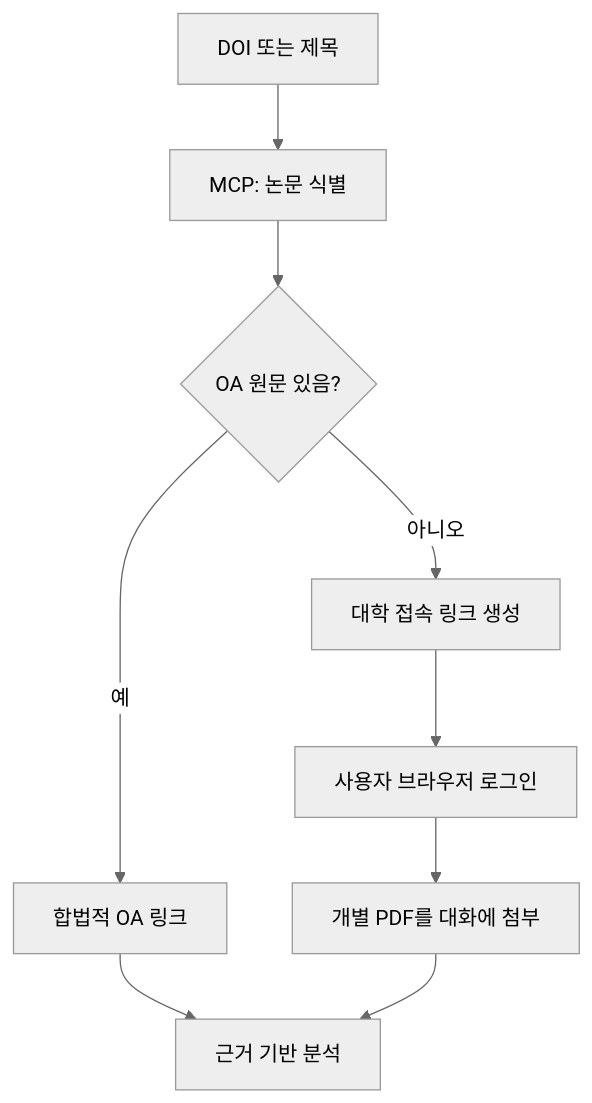
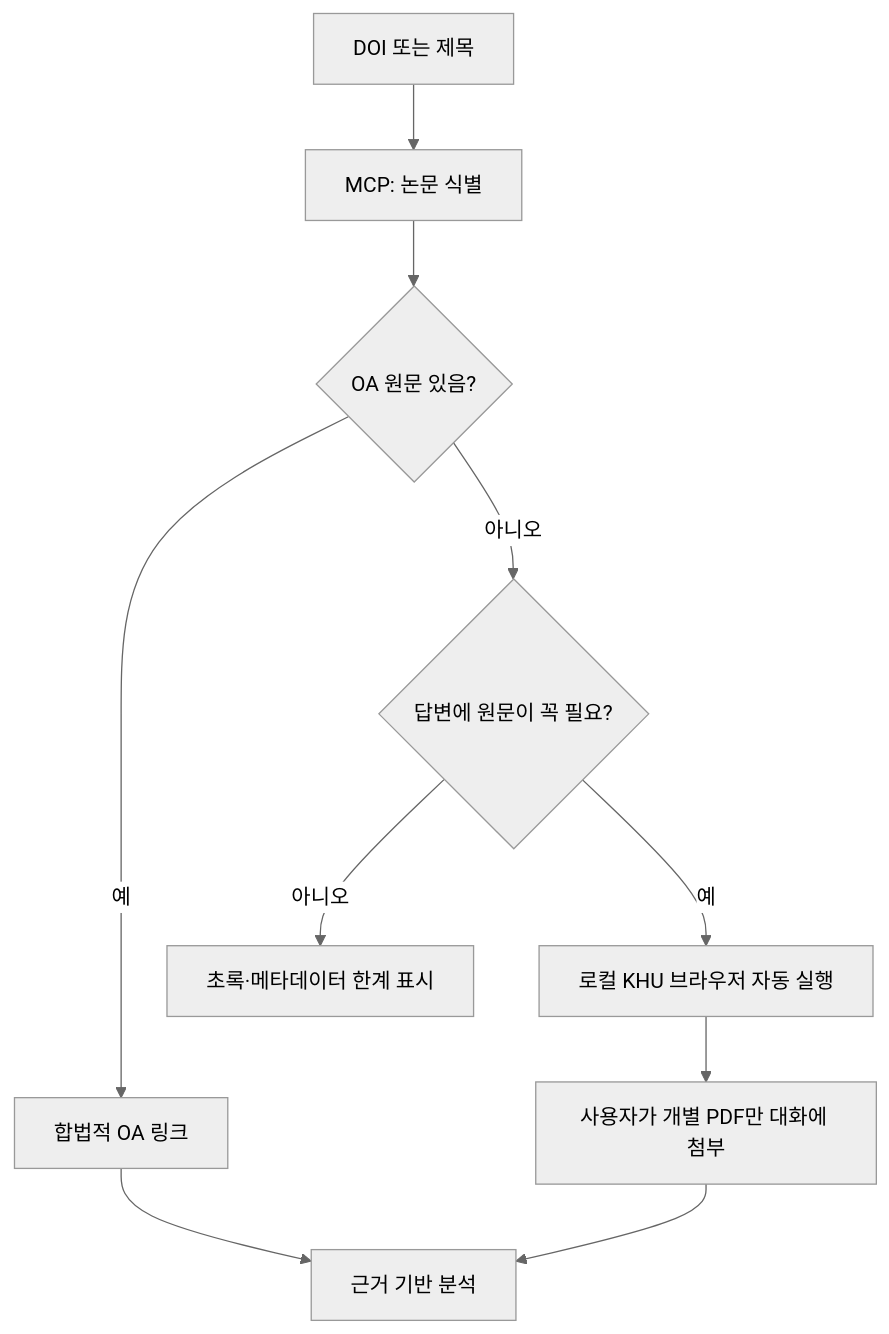
The diagram in README.md (gimmiso/unipaper-bridge), drawn with Mermaid (neutral theme) before and after one commit. The commit also changed other lines of this file and 10 other files, not shown here.

````diff
--- a/README.md
+++ b/README.md
@@ -37,11 +39,12 @@
 ```mermaid
 flowchart TD
     A["DOI 또는 제목"] --> B["MCP: 논문 식별"]
     B --> C{"OA 원문 있음?"}
     C -->|예| D["합법적 OA 링크"]
-    C -->|아니오| E["대학 접속 링크 생성"]
-    E --> F["사용자 브라우저 로그인"]
-    F --> G["개별 PDF를 대화에 첨부"]
+    C -->|아니오| E{"답변에 원문이 꼭 필요?"}
+    E -->|아니오| I["초록·메타데이터 한계 표시"]
+    E -->|예| F["로컬 KHU 브라우저 자동 실행"]
+    F --> G["사용자가 개별 PDF만 대화에 첨부"]
     D --> H["근거 기반 분석"]
     G --> H
 ```
````
